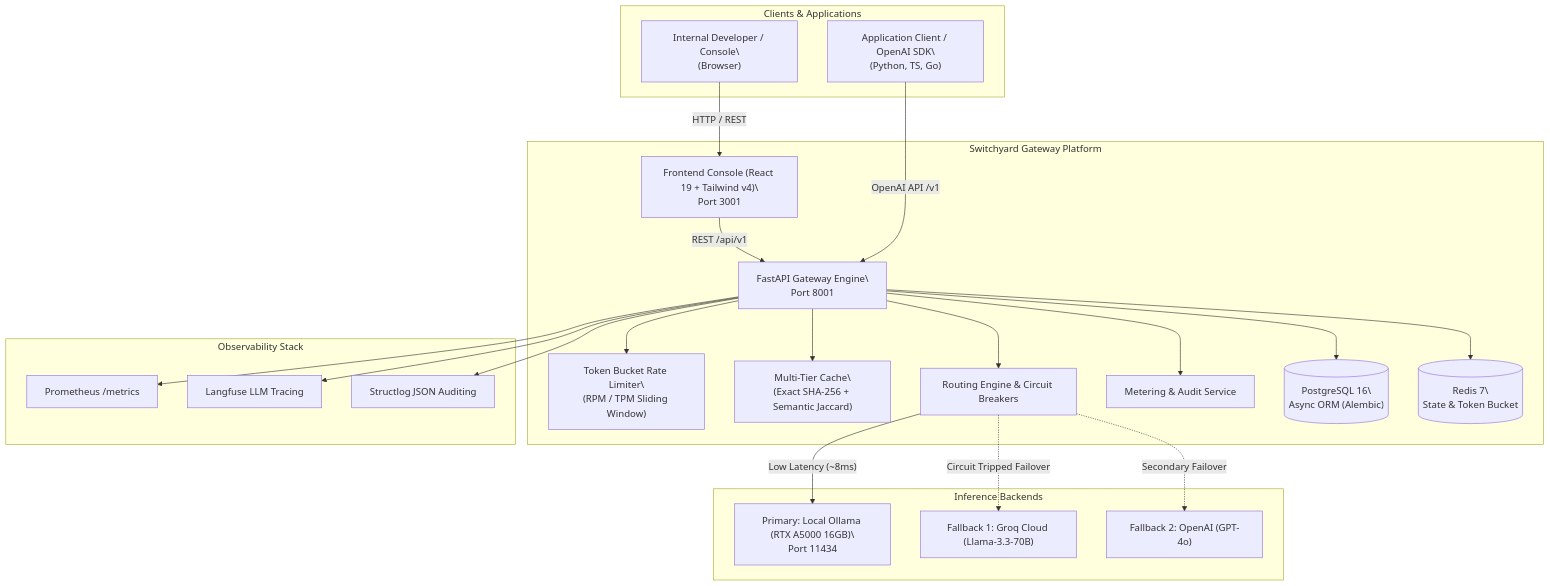
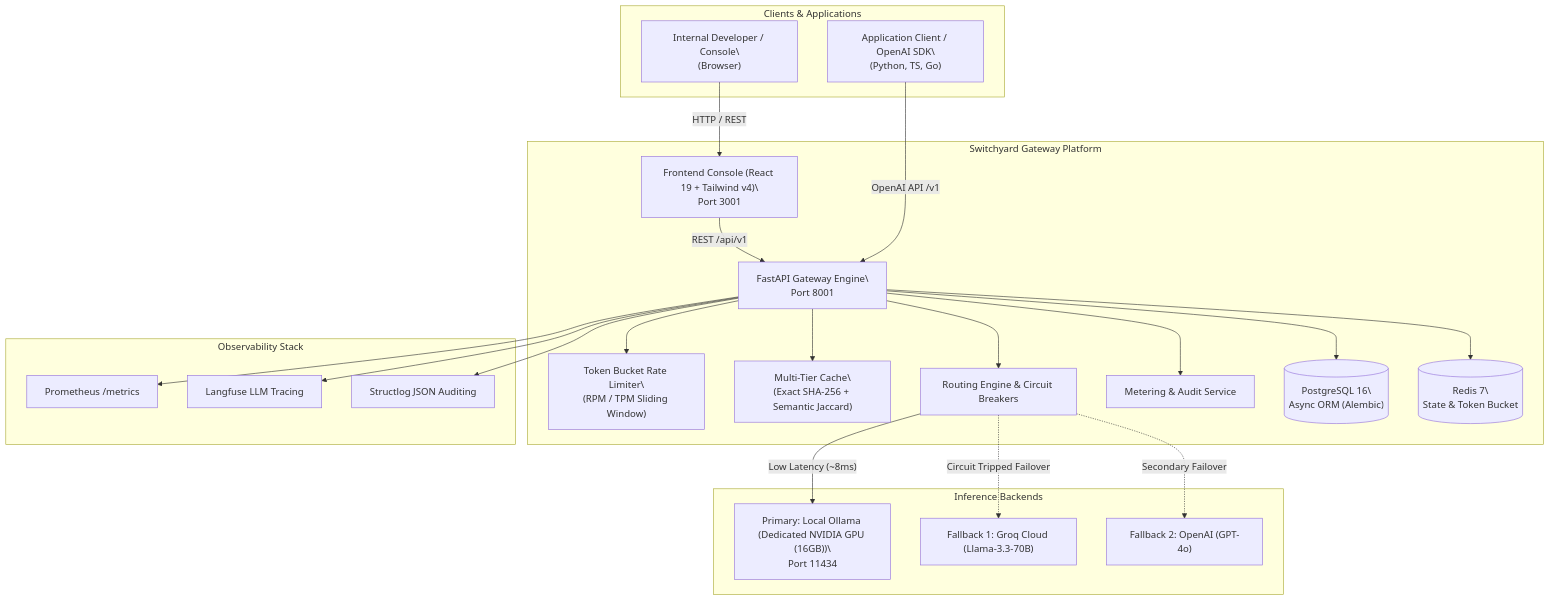
The first of 3 diagrams in docs/architecture.md (Kyrollo/switchyard), drawn with Mermaid before and after one commit. The commit also changed other lines of this file and 8 other files, not shown here.

````diff
--- a/docs/architecture.md
+++ b/docs/architecture.md
@@ -9,49 +9,49 @@
 ```mermaid
 flowchart TD
     subgraph Clients["Clients & Applications"]
         WebUser["Internal Developer / Console\\n(Browser)"]
         SDKClient["Application Client / OpenAI SDK\\n(Python, TS, Go)"]
     end
 
     subgraph Switchyard["Switchyard Gateway Platform"]
         Frontend["Frontend Console (React 19 + Tailwind v4)\\nPort 3001"]
         API["FastAPI Gateway Engine\\nPort 8001"]
         RateLimiter["Token Bucket Rate Limiter\\n(RPM / TPM Sliding Window)"]
         SemanticCache["Multi-Tier Cache\\n(Exact SHA-256 + Semantic Jaccard)"]
         RouterEngine["Routing Engine & Circuit Breakers"]
         Metering["Metering & Audit Service"]
         DB[("PostgreSQL 16\\nAsync ORM (Alembic)")]
         Redis[("Redis 7\\nState & Token Bucket")]
     end
 
     subgraph Backends["Inference Backends"]
-        LocalGPU["Primary: Local Ollama (RTX A5000 16GB)\\nPort 11434"]
+        LocalGPU["Primary: Local Ollama (Dedicated NVIDIA GPU (16GB))\\nPort 11434"]
         Groq["Fallback 1: Groq Cloud (Llama-3.3-70B)"]
         OpenAI["Fallback 2: OpenAI (GPT-4o)"]
     end
 
     subgraph Observability["Observability Stack"]
         Prometheus["Prometheus /metrics"]
         Langfuse["Langfuse LLM Tracing"]
         Structlog["Structlog JSON Auditing"]
     end
 
     WebUser -->|"HTTP / REST"| Frontend
     Frontend -->|"REST /api/v1"| API
     SDKClient -->|"OpenAI API /v1"| API
 
     API --> RateLimiter
     API --> SemanticCache
     API --> RouterEngine
     API --> Metering
 
     RouterEngine -->|"Low Latency (~8ms)"| LocalGPU
     RouterEngine -.->|"Circuit Tripped Failover"| Groq
     RouterEngine -.->|"Secondary Failover"| OpenAI
 
     API --> DB
     API --> Redis
     API --> Prometheus
     API --> Langfuse
     API --> Structlog
 ```
````
